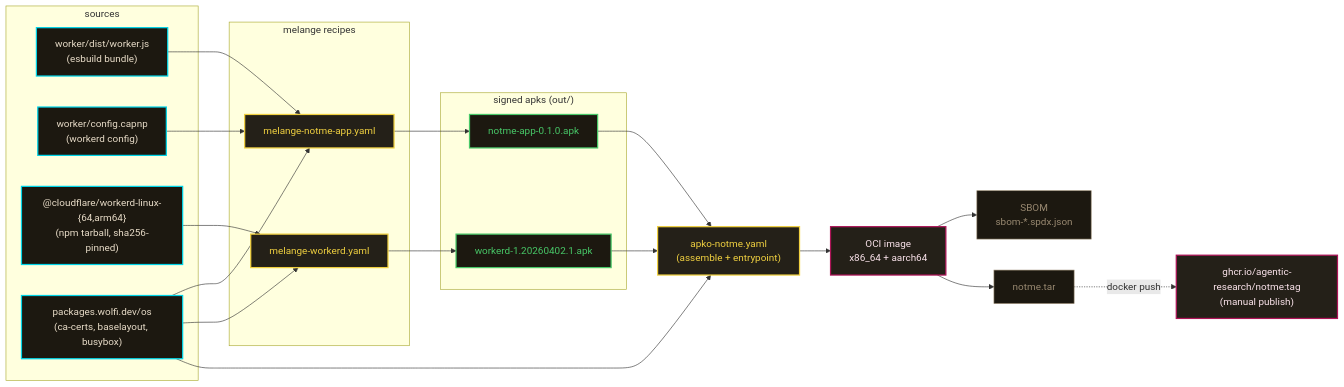
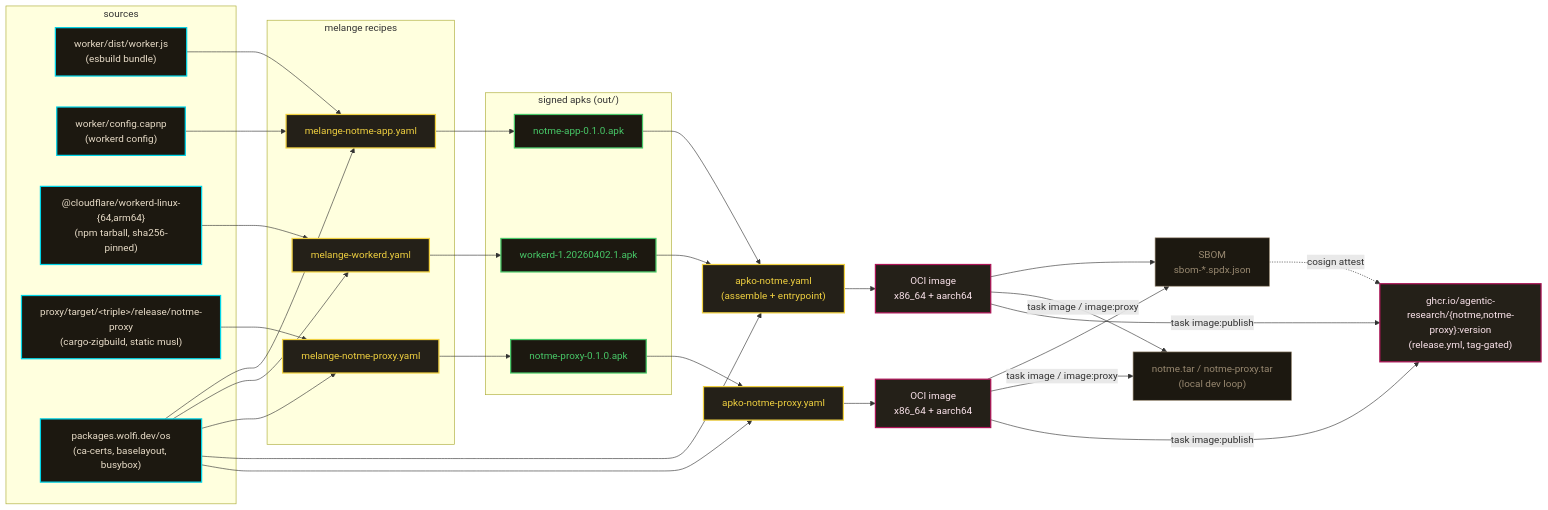
One commit to agentic-research/notme changed the diagram in packages/README.md. Above: the diagram before and after it, drawn with Mermaid. The commit also changed other lines of this file and 18 other files, not shown here.

First line of the commit message:
[notme-83706a] Publish notme + notme-proxy images to ghcr (#52)

````diff
--- a/packages/README.md
+++ b/packages/README.md
@@ -9,46 +16,56 @@
 ```mermaid
 flowchart LR
     classDef src fill:#1c1810,stroke:#00d4e8,stroke-width:2px,color:#e8dcc8
     classDef recipe fill:#242018,stroke:#f0d040,stroke-width:2px,color:#f0d040
     classDef apk fill:#1c1810,stroke:#48c868,stroke-width:2px,color:#48c868
     classDef img fill:#242018,stroke:#ad1457,stroke-width:2px,color:#fce4ec
     classDef out fill:#1c1810,stroke:#988870,stroke-width:1px,color:#988870
 
     subgraph sources ["sources"]
         WJS["worker/dist/worker.js<br/>(esbuild bundle)"]:::src
         CAP["worker/config.capnp<br/>(workerd config)"]:::src
         WD["@cloudflare/workerd-linux-{64,arm64}<br/>(npm tarball, sha256-pinned)"]:::src
+        RS["proxy/target/&lt;triple&gt;/release/notme-proxy<br/>(cargo-zigbuild, static musl)"]:::src
         WOLFI["packages.wolfi.dev/os<br/>(ca-certs, baselayout, busybox)"]:::src
     end
 
     subgraph melange ["melange recipes"]
         M1["melange-notme-app.yaml"]:::recipe
         M2["melange-workerd.yaml"]:::recipe
+        M3["melange-notme-proxy.yaml"]:::recipe
     end
 
     subgraph apks ["signed apks (out/)"]
         A1["notme-app-0.1.0.apk"]:::apk
         A2["workerd-1.20260402.1.apk"]:::apk
+        A3["notme-proxy-0.1.0.apk"]:::apk
     end
 
     APKO["apko-notme.yaml<br/>(assemble + entrypoint)"]:::recipe
+    APKO2["apko-notme-proxy.yaml"]:::recipe
     IMG["OCI image<br/>x86_64 + aarch64"]:::img
+    IMG2["OCI image<br/>x86_64 + aarch64"]:::img
     SBOM["SBOM<br/>sbom-*.spdx.json"]:::out
-    TAR["notme.tar"]:::out
-    GHCR["ghcr.io/agentic-research/notme:tag<br/>(manual publish)"]:::img
+    TAR["notme.tar / notme-proxy.tar<br/>(local dev loop)"]:::out
+    GHCR["ghcr.io/agentic-research/{notme,notme-proxy}:version<br/>(release.yml, tag-gated)"]:::img
 
     WJS --> M1
     CAP --> M1
     WD --> M2
-    WOLFI --> M1 & M2 & APKO
+    RS --> M3
+    WOLFI --> M1 & M2 & M3 & APKO & APKO2
 
     M1 --> A1
     M2 --> A2
+    M3 --> A3
 
     A1 --> APKO
     A2 --> APKO
+    A3 --> APKO2
     APKO --> IMG
-    IMG --> SBOM
-    IMG --> TAR
-    TAR -.->|docker push| GHCR
+    APKO2 --> IMG2
+    IMG & IMG2 --> SBOM
+    IMG & IMG2 -->|task image / image:proxy| TAR
+    IMG & IMG2 -->|task image:publish| GHCR
+    SBOM -.->|cosign attest| GHCR
 ```
````
